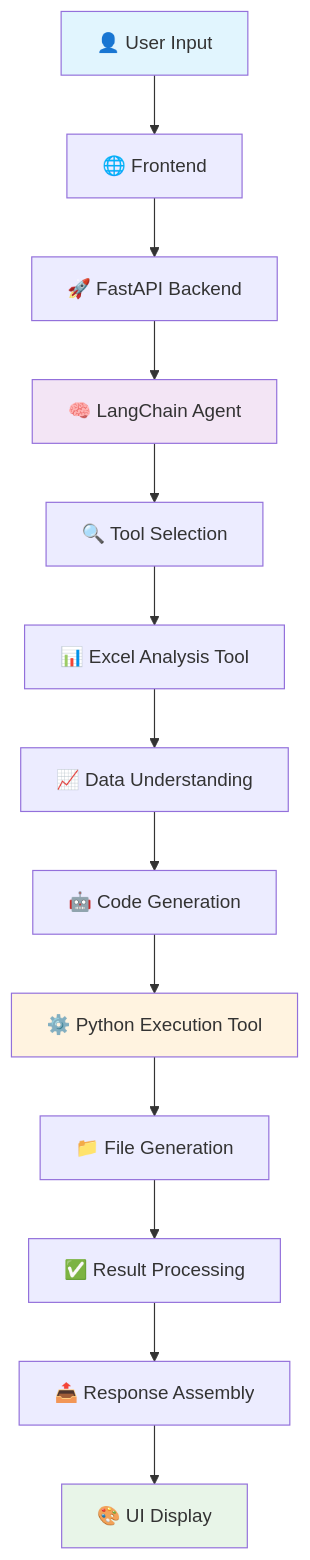
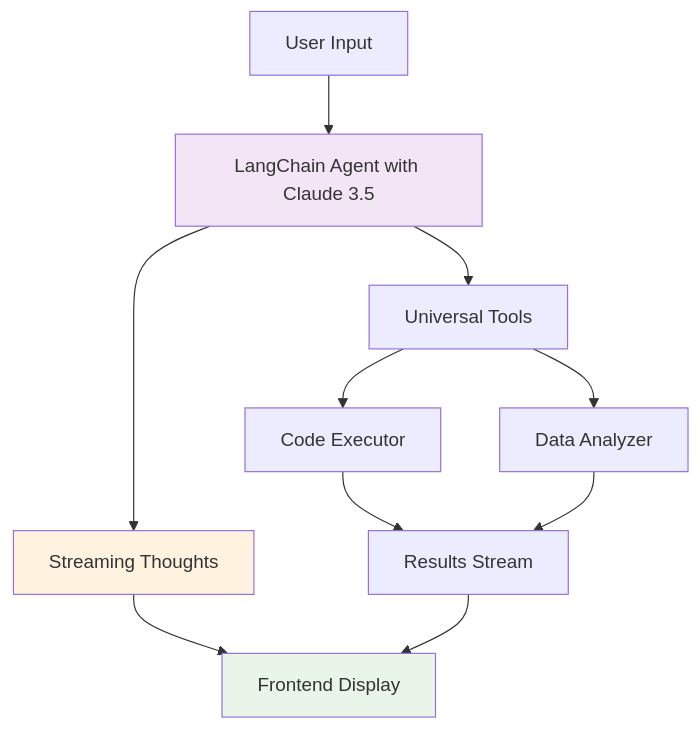
One commit to danfrontend2/ide-for-text changed the diagram in docs/prompt-processing-workflow.md. Above: the diagram before and after it, drawn with Mermaid. The commit also changed other lines of this file, not shown here.

First line of the commit message:
Revise prompt processing workflow documentation for clarity and transparency

````diff
--- a/docs/prompt-processing-workflow.md
+++ b/docs/prompt-processing-workflow.md
@@ -305,23 +194,18 @@
 ```mermaid
 graph TD
-    A[👤 User Input] --> B[🌐 Frontend]
-    B --> C[🚀 FastAPI Backend]
-    C --> D[🧠 LangChain Agent]
+    A[User Input] --> B[LangChain Agent with Claude 3.5]
+    B --> C[Streaming Thoughts]
+    C --> D[Frontend Display]
     
-    D --> E[🔍 Tool Selection]
-    E --> F[📊 Excel Analysis Tool]
-    F --> G[📈 Data Understanding]
+    B --> E[Universal Tools]
+    E --> F[Code Executor]
+    E --> G[Data Analyzer]
     
-    G --> H[🤖 Code Generation]
-    H --> I[⚙️ Python Execution Tool]
-    I --> J[📁 File Generation]
+    F --> H[Results Stream]
+    G --> H
+    H --> D
     
-    J --> K[✅ Result Processing]
-    K --> L[📤 Response Assembly]
-    L --> M[🎨 UI Display]
-    
-    style A fill:#e1f5fe
-    style D fill:#f3e5f5  
-    style I fill:#fff3e0
-    style M fill:#e8f5e8
+    style B fill:#f3e5f5
+    style C fill:#fff3e0
+    style D fill:#e8f5e8
 ```
````
